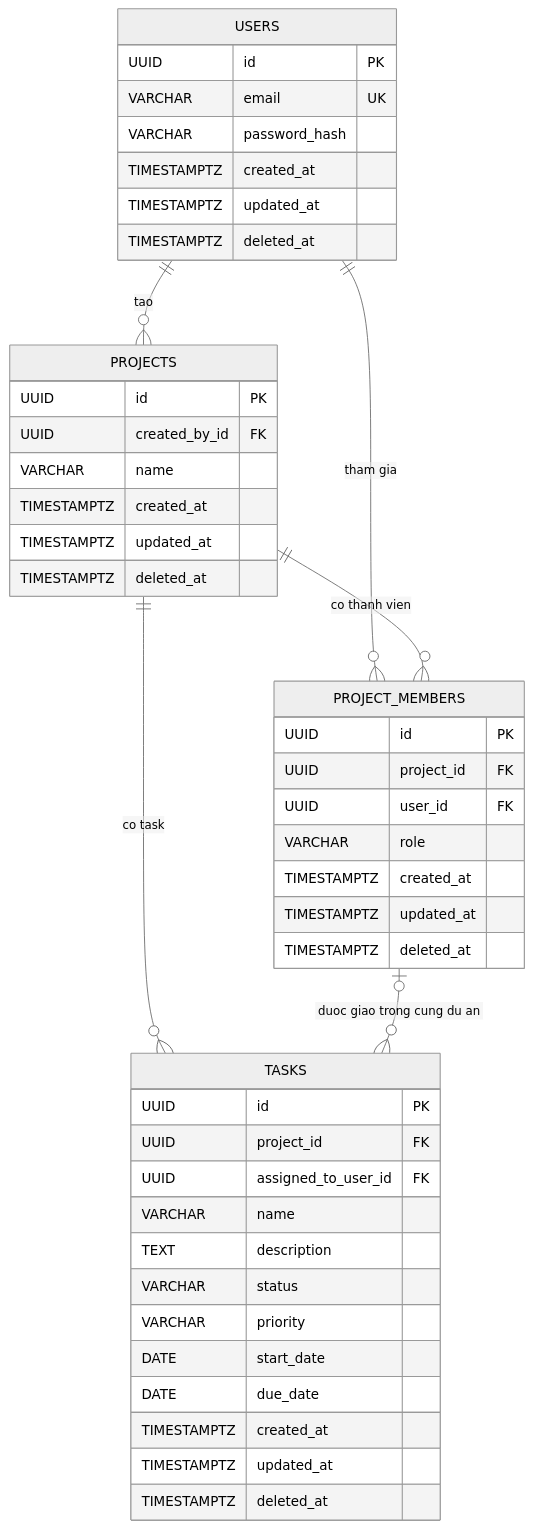
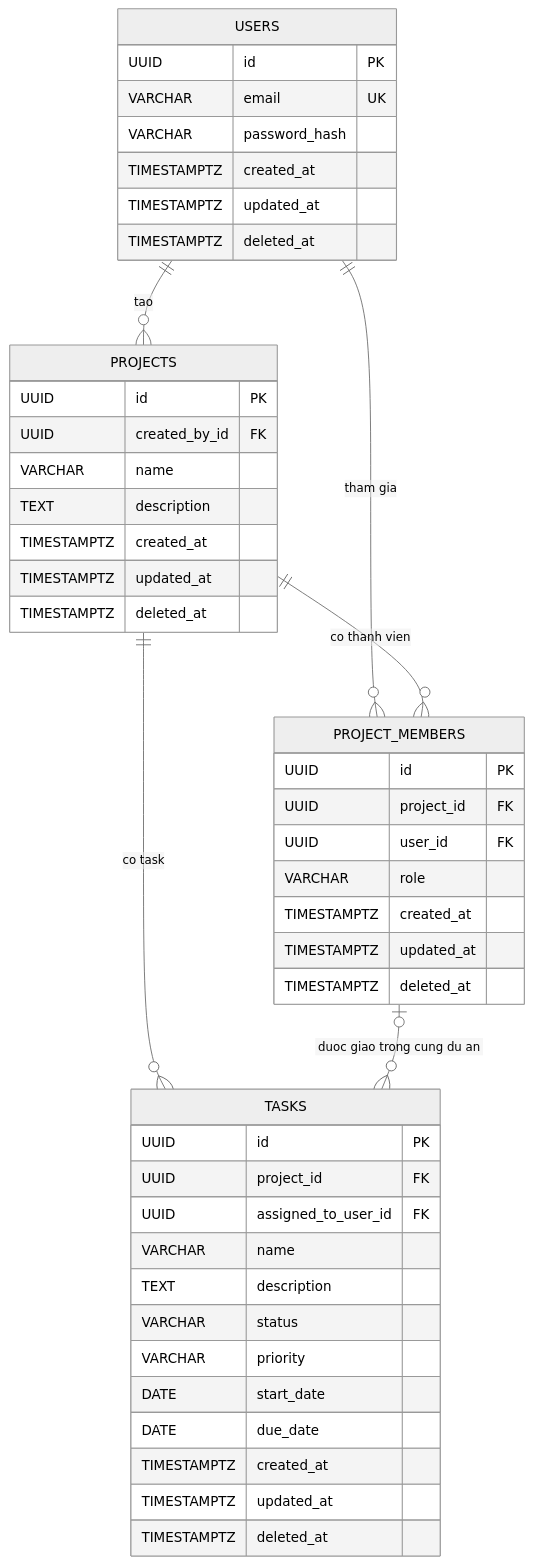
The diagram in docs/erd.md (vothaihien/task-manager-api), drawn with Mermaid (neutral theme) before and after one commit. The commit also changed other lines of this file, not shown here.

Commit message:
feat: Update ERD documentation with new fields and default values for timestamps

````diff
--- a/docs/erd.md
+++ b/docs/erd.md
@@ -15,51 +17,52 @@
 ```mermaid
 erDiagram
     USERS {
         UUID id PK
         VARCHAR email UK
         VARCHAR password_hash
         TIMESTAMPTZ created_at
         TIMESTAMPTZ updated_at
         TIMESTAMPTZ deleted_at
     }
 
     PROJECTS {
         UUID id PK
         UUID created_by_id FK
         VARCHAR name
+        TEXT description
         TIMESTAMPTZ created_at
         TIMESTAMPTZ updated_at
         TIMESTAMPTZ deleted_at
     }
 
     PROJECT_MEMBERS {
         UUID id PK
         UUID project_id FK
         UUID user_id FK
         VARCHAR role
         TIMESTAMPTZ created_at
         TIMESTAMPTZ updated_at
         TIMESTAMPTZ deleted_at
     }
 
     TASKS {
         UUID id PK
         UUID project_id FK
         UUID assigned_to_user_id FK
         VARCHAR name
         TEXT description
         VARCHAR status
         VARCHAR priority
         DATE start_date
         DATE due_date
         TIMESTAMPTZ created_at
         TIMESTAMPTZ updated_at
         TIMESTAMPTZ deleted_at
     }
 
     USERS ||--o{ PROJECTS : "tao"
     USERS ||--o{ PROJECT_MEMBERS : "tham gia"
     PROJECTS ||--o{ PROJECT_MEMBERS : "co thanh vien"
     PROJECTS ||--o{ TASKS : "co task"
     PROJECT_MEMBERS o|--o{ TASKS : "duoc giao trong cung du an"
 ```
````
